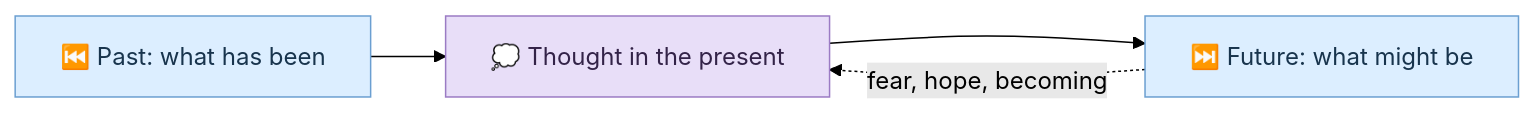
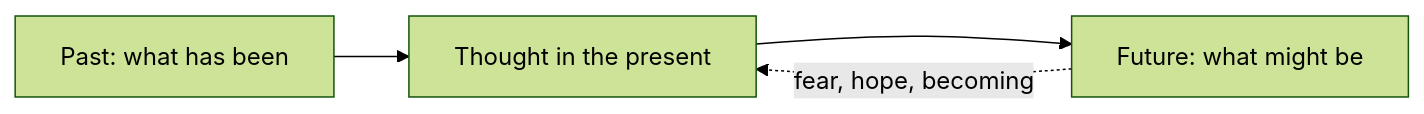
One commit to enogrob/enogrob.github.io changed the fifth of 8 diagrams in _posts/2026-09-08-architecture-of-the-mind-krishnamurti.md. Above: the diagram before and after it, drawn with Mermaid (forest theme). The commit also changed other lines of this file and 3 other files, not shown here.

````diff
--- a/_posts/2026-09-08-architecture-of-the-mind-krishnamurti.md
+++ b/_posts/2026-09-08-architecture-of-the-mind-krishnamurti.md
@@ -242,11 +133,6 @@
 ```mermaid!
 flowchart LR
-  P["⏮️ Past: what has been"] --> T["💭 Thought in the present"]
-  T --> F["⏭️ Future: what might be"]
+    P["Past: what has been"] --> T["Thought in the present"]
+    T --> F["Future: what might be"]
     F -.->|fear, hope, becoming| T
-
-  classDef time fill:#dceeff,stroke:#6b9fd1,color:#18344d
-  classDef thought fill:#e8def8,stroke:#9b7bc4,color:#332348
-  class P,F time
-  class T thought
 ```
````
